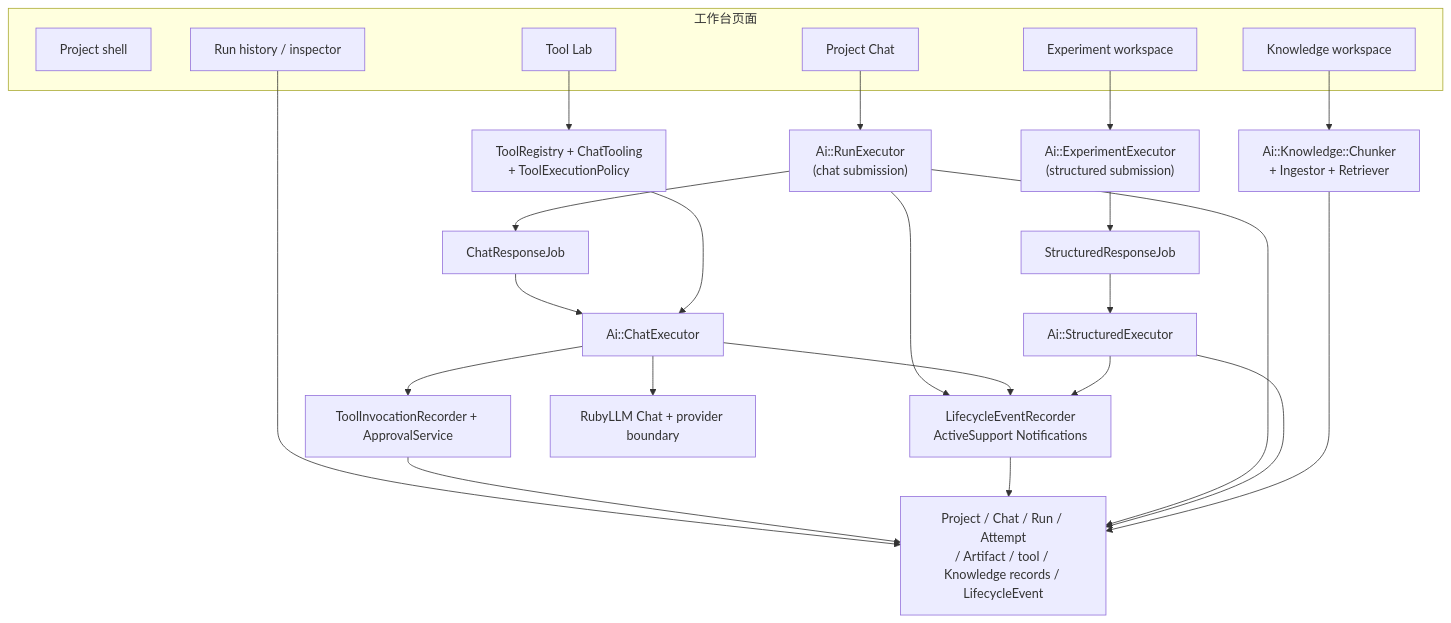
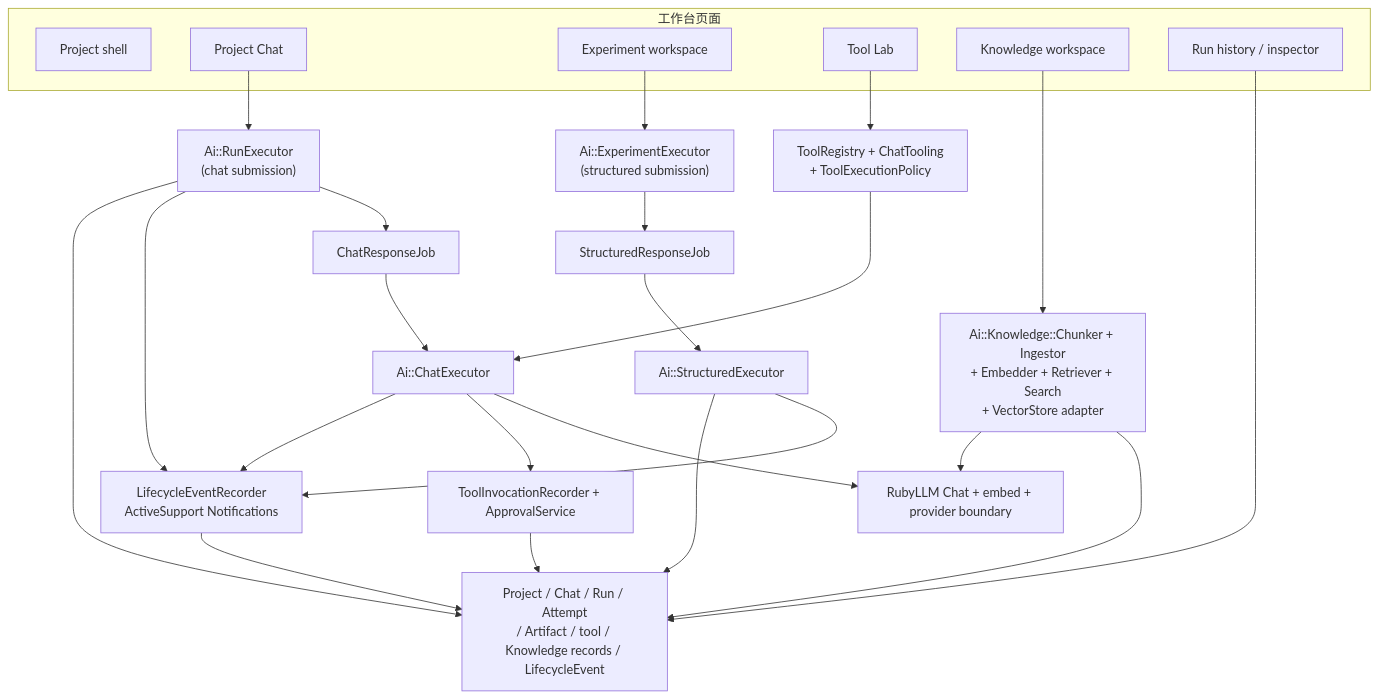
Before and after one commit to yorzi/rubyllm-workbench: the second of 10 diagrams in docs/ARCHITECTURE.md, drawn with Mermaid. The commit also changed other lines of this file and 37 other files, not shown here.

````diff
--- a/docs/ARCHITECTURE.md
+++ b/docs/ARCHITECTURE.md
@@ -49,45 +49,46 @@
 ```mermaid
 flowchart TD
     subgraph UI["工作台页面"]
         ProjectUI["Project shell"]
         ChatUI["Project Chat"]
         ExperimentUI["Experiment workspace"]
         ToolUI["Tool Lab"]
         KnowledgeUI["Knowledge workspace"]
         RunUI["Run history / inspector"]
     end
 
     RunExecutor["Ai::RunExecutor\n(chat submission)"]
     ExperimentExecutor["Ai::ExperimentExecutor\n(structured submission)"]
     StructuredExecutor["Ai::StructuredExecutor"]
     ChatJob["ChatResponseJob"]
     StructuredJob["StructuredResponseJob"]
     ChatExecutor["Ai::ChatExecutor"]
     Tooling["ToolRegistry + ChatTooling\n+ ToolExecutionPolicy"]
-    KnowledgeServices["Ai::Knowledge::Chunker\n+ Ingestor + Retriever"]
+    KnowledgeServices["Ai::Knowledge::Chunker + Ingestor\n+ Embedder + Retriever + Search\n+ VectorStore adapter"]
     Audit["ToolInvocationRecorder + ApprovalService"]
     Events["LifecycleEventRecorder\nActiveSupport Notifications"]
     Records["Project / Chat / Run / Attempt\n/ Artifact / tool / Knowledge records / LifecycleEvent"]
-    RubyLLM["RubyLLM Chat + provider boundary"]
+    RubyLLM["RubyLLM Chat + embed + provider boundary"]
 
     ChatUI --> RunExecutor
     ExperimentUI --> ExperimentExecutor
     ToolUI --> Tooling
     KnowledgeUI --> KnowledgeServices
     RunUI --> Records
     RunExecutor --> ChatJob
     ExperimentExecutor --> StructuredJob
     StructuredJob --> StructuredExecutor
     ChatJob --> ChatExecutor
     ChatExecutor --> RubyLLM
     ChatExecutor --> Audit
     Audit --> Records
     RunExecutor --> Events
     ChatExecutor --> Events
     StructuredExecutor --> Events
     Events --> Records
     Tooling --> ChatExecutor
     RunExecutor --> Records
     StructuredExecutor --> Records
     KnowledgeServices --> Records
+    KnowledgeServices --> RubyLLM
 ```
````
